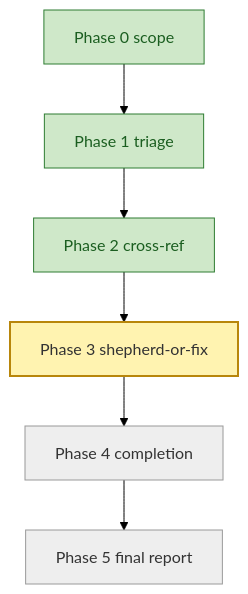
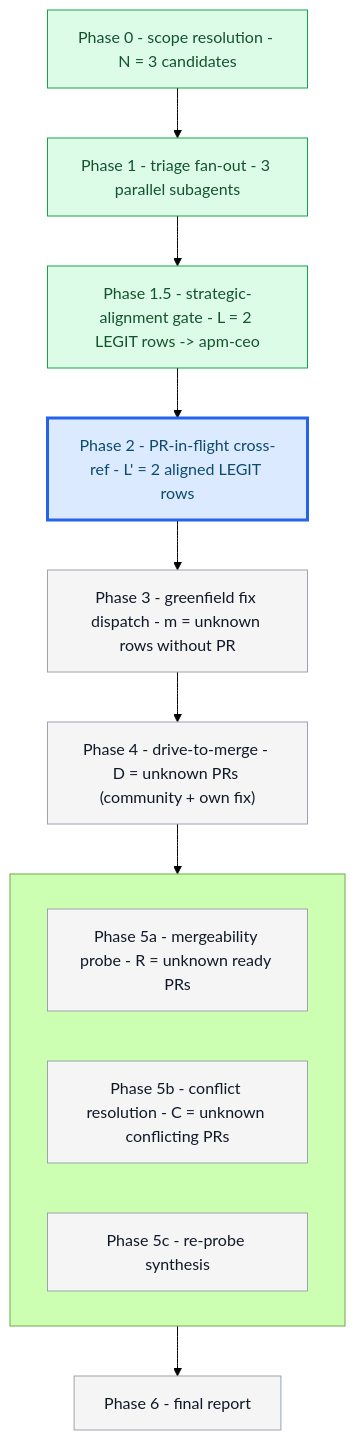
One commit to microsoft/apm changed the fourth of 8 diagrams in packages/batch-bug-shepherd/.apm/skills/batch-bug-shepherd/evals/fixtures/three-issues-mixed.with_skill.md. Above: the diagram before and after it, drawn with Mermaid (forest theme). The commit also changed other lines of this file and 112 other files, not shown here.

````diff
--- a/packages/batch-bug-shepherd/.apm/skills/batch-bug-shepherd/evals/fixtures/three-issues-mixed.with_skill.md
+++ b/packages/batch-bug-shepherd/.apm/skills/batch-bug-shepherd/evals/fixtures/three-issues-mixed.with_skill.md
@@ -105,15 +147,26 @@
 ```mermaid
 flowchart TB
-    P0[Phase 0 scope]:::done
-    P1[Phase 1 triage]:::done
-    P2[Phase 2 cross-ref]:::done
-    P3[Phase 3 shepherd-or-fix]:::active
-    P4[Phase 4 completion]:::pending
-    P5[Phase 5 final report]:::pending
-    P0 --> P1 --> P2 --> P3 --> P4 --> P5
-    classDef pending fill:#eee,stroke:#999,color:#333
-    classDef active  fill:#fff3b0,stroke:#b8860b,color:#333,stroke-width:2px
-    classDef done    fill:#cfe8c9,stroke:#2e7d32,color:#1b5e20
-    classDef blocked fill:#f8c7c7,stroke:#b71c1c,color:#7f0000
-    classDef skipped fill:#f0f0f0,stroke:#bbb,color:#888,stroke-dasharray:3 3
+    P0["Phase 0 - scope resolution - N = 3 candidates"]:::done
+    P1["Phase 1 - triage fan-out - 3 parallel subagents"]:::done
+    P15["Phase 1.5 - strategic-alignment gate - L = 2 LEGIT rows -> apm-ceo"]:::done
+    P2["Phase 2 - PR-in-flight cross-ref - L' = 2 aligned LEGIT rows"]:::active
+    P3["Phase 3 - greenfield fix dispatch - m = unknown rows without PR"]:::pending
+    P4["Phase 4 - drive-to-merge - D = unknown PRs (community + own fix)"]:::pending
+
+    subgraph WAVE4[" "]
+        direction LR
+        P5a["Phase 5a - mergeability probe - R = unknown ready PRs"]:::pending
+        P5b["Phase 5b - conflict resolution - C = unknown conflicting PRs"]:::pending
+        P5c["Phase 5c - re-probe synthesis"]:::pending
+    end
+
+    P6["Phase 6 - final report"]:::pending
+
+    P0 --> P1 --> P15 --> P2 --> P3 --> P4 --> WAVE4 --> P6
+
+    classDef pending fill:#f5f5f5,stroke:#9ca3af,stroke-width:1px,color:#111827
+    classDef active  fill:#dbeafe,stroke:#2563eb,stroke-width:3px,color:#0c4a6e
+    classDef done    fill:#dcfce7,stroke:#16a34a,stroke-width:1px,color:#14532d
+    classDef blocked fill:#fef3c7,stroke:#d97706,stroke-width:2px,color:#78350f
+    classDef skipped fill:#f3f4f6,stroke:#6b7280,stroke-width:1px,stroke-dasharray:4 2,color:#374151
 ```
````
